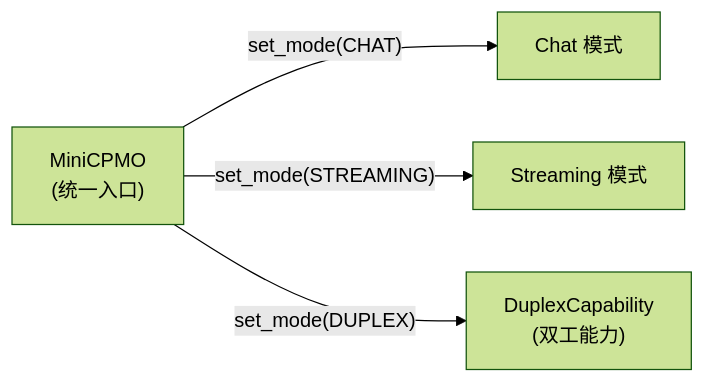
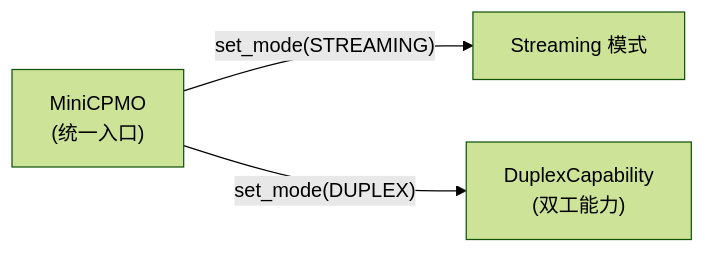
The second of 2 diagrams in docs/model.md (OpenBMB/minicpm-o-4_5-pytorch-simple-demo), drawn with Mermaid (forest theme) before and after one commit. The commit also changed other lines of this file and 27 other files, not shown here.

````diff
--- a/docs/model.md
+++ b/docs/model.md
@@ -223,11 +220,9 @@
 ```mermaid
 graph LR
     UModel["MiniCPMO\n(统一入口)"]
-    ChatMode["Chat 模式"]
     StreamMode["Streaming 模式"]
     DuplexCap["DuplexCapability\n(双工能力)"]
 
-    UModel -->|"set_mode(CHAT)"| ChatMode
     UModel -->|"set_mode(STREAMING)"| StreamMode
     UModel -->|"set_mode(DUPLEX)"| DuplexCap
 ```
````
